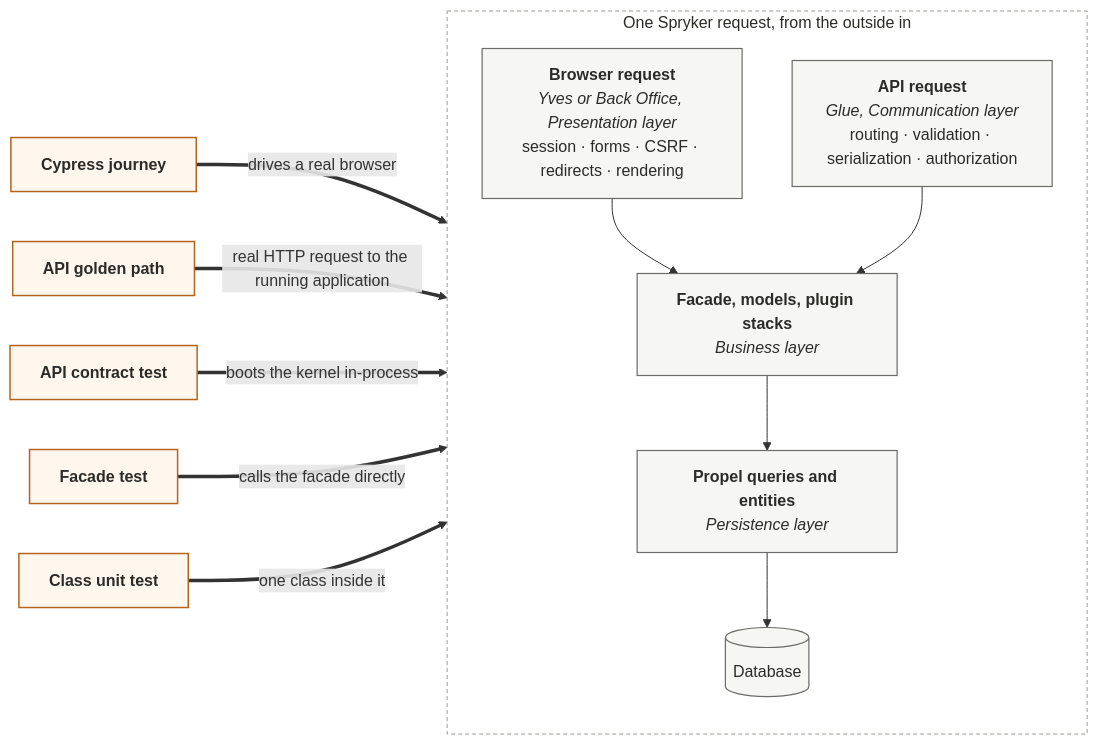
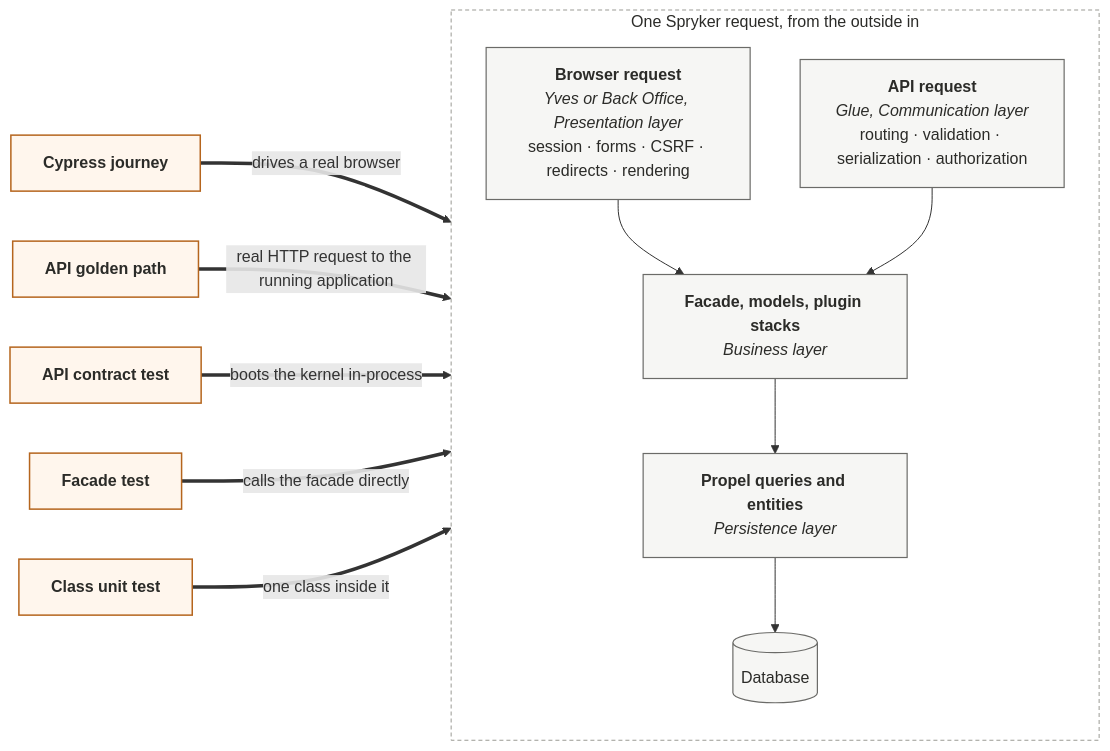
One commit to spryker/spryker-docs changed the diagram in _includes/diagrams/testing/test-types-entry-points.mmd. Above: the diagram before and after it, drawn with Mermaid. The commit also changed 10 other files, not shown here.

First line of the commit message:
Address review: fix clipped diagram labels, list parallel prose, add summary

```diff
--- a/_includes/diagrams/testing/test-types-entry-points.mmd
+++ b/_includes/diagrams/testing/test-types-entry-points.mmd
@@ -1,32 +1,32 @@
-%%{init: {"flowchart": {"htmlLabels": true, "curve": "basis"}} }%%
+%%{init: {"fontFamily": "Arial, Helvetica, sans-serif", "themeVariables": {"fontFamily": "Arial, Helvetica, sans-serif"}, "flowchart": {"htmlLabels": true, "curve": "basis", "padding": 16}} }%%
 flowchart LR
     CY["<b>Cypress journey</b>"]
     AG["<b>API golden path</b>"]
     AC["<b>API contract test</b>"]
     FA["<b>Facade test</b>"]
     UN["<b>Class unit test</b>"]
 
     subgraph STACK["One Spryker request, from the outside in"]
         direction TB
         BR["<b>Browser request</b><br/><i>Yves or Back Office, Presentation layer</i><br/>session · forms · CSRF · redirects · rendering"]
         GL["<b>API request</b><br/><i>Glue, Communication layer</i><br/>routing · validation · serialization · authorization"]
         BU["<b>Facade, models, plugin stacks</b><br/><i>Business layer</i>"]
         PE["<b>Propel queries and entities</b><br/><i>Persistence layer</i>"]
         DB[("Database")]
         BR --> BU
         GL --> BU
         BU --> PE
         PE --> DB
     end
 
     CY ==>|"drives a real browser"| BR
     AG ==>|"real HTTP request to the running application"| GL
     AC ==>|"boots the kernel in-process"| GL
     FA ==>|"calls the facade directly"| BU
     UN ==>|"one class inside it"| BU
 
     classDef entry fill:#FFF6ED,stroke:#B5651D,stroke-width:1.5px,color:#2B2B28
     classDef layer fill:#F6F6F4,stroke:#6B6B68,stroke-width:1.2px,color:#2B2B28
     class CY,AG,AC,FA,UN entry
     class BR,GL,BU,PE,DB layer
     style STACK fill:#FFFFFF,stroke:#9A9A94,stroke-dasharray:4 3,color:#2B2B28
```
